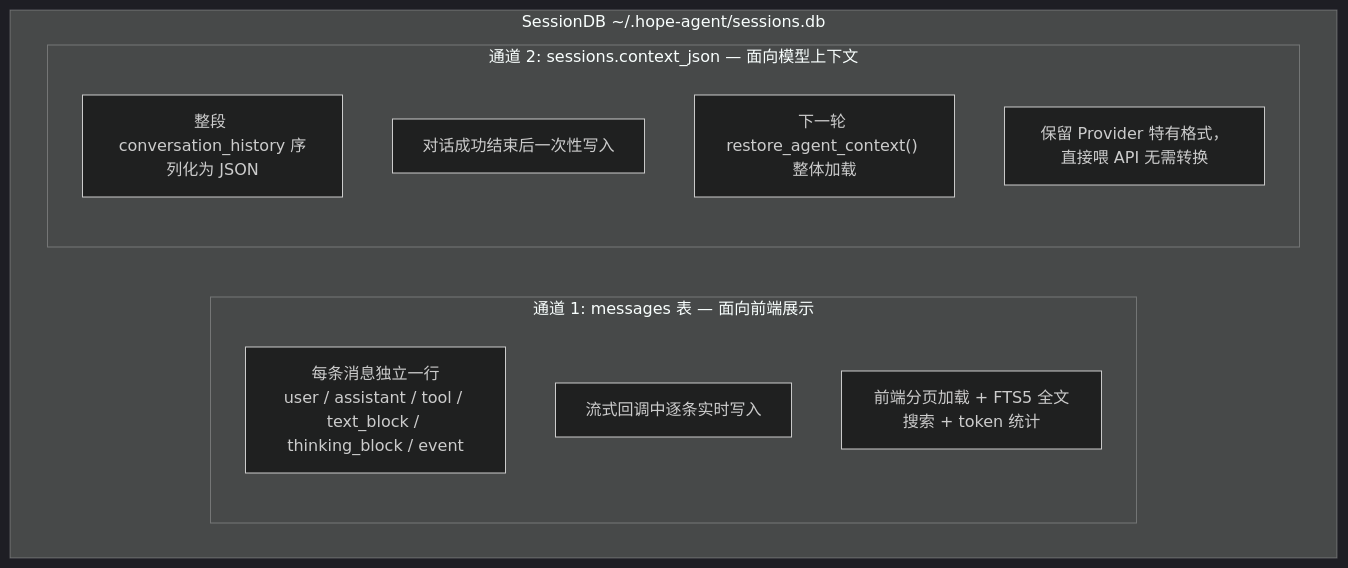
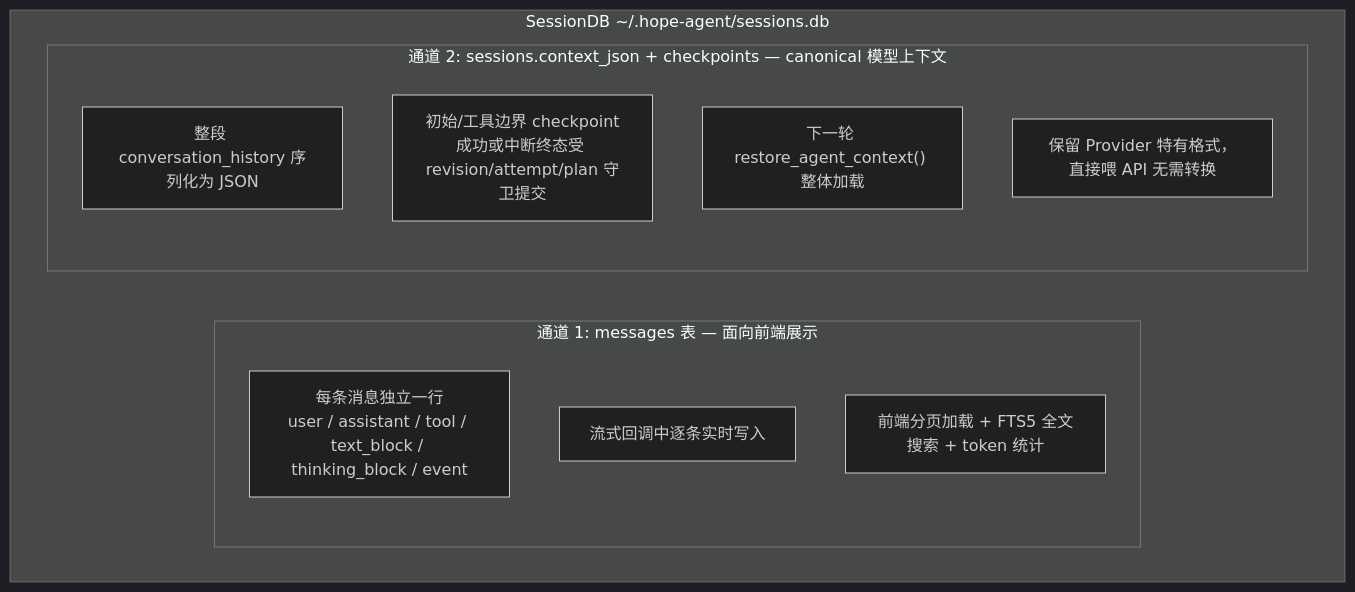
Diagram 12 of 16 in docs/architecture/core/provider-system.md (shiwenwen/hope-agent), drawn with Mermaid (dark theme) before and after one commit. The commit also changed other lines of this file and 124 other files, not shown here.

````diff
--- a/docs/architecture/core/provider-system.md
+++ b/docs/architecture/core/provider-system.md
@@ -612,16 +624,16 @@
 ```mermaid
 graph TB
   subgraph DB["SessionDB ~/.hope-agent/sessions.db"]
     subgraph CH1["通道 1: messages 表 — 面向前端展示"]
       M1["每条消息独立一行<br/>user / assistant / tool / text_block / thinking_block / event"]
       M2["流式回调中逐条实时写入"]
       M3["前端分页加载 + FTS5 全文搜索 + token 统计"]
     end
-    subgraph CH2["通道 2: sessions.context_json — 面向模型上下文"]
+    subgraph CH2["通道 2: sessions.context_json + checkpoints — canonical 模型上下文"]
       C1["整段 conversation_history 序列化为 JSON"]
-      C2["对话成功结束后一次性写入"]
+      C2["初始/工具边界 checkpoint<br/>成功或中断终态受 revision/attempt/plan 守卫提交"]
       C3["下一轮 restore_agent_context() 整体加载"]
       C4["保留 Provider 特有格式，直接喂 API 无需转换"]
     end
   end
 ```
````
